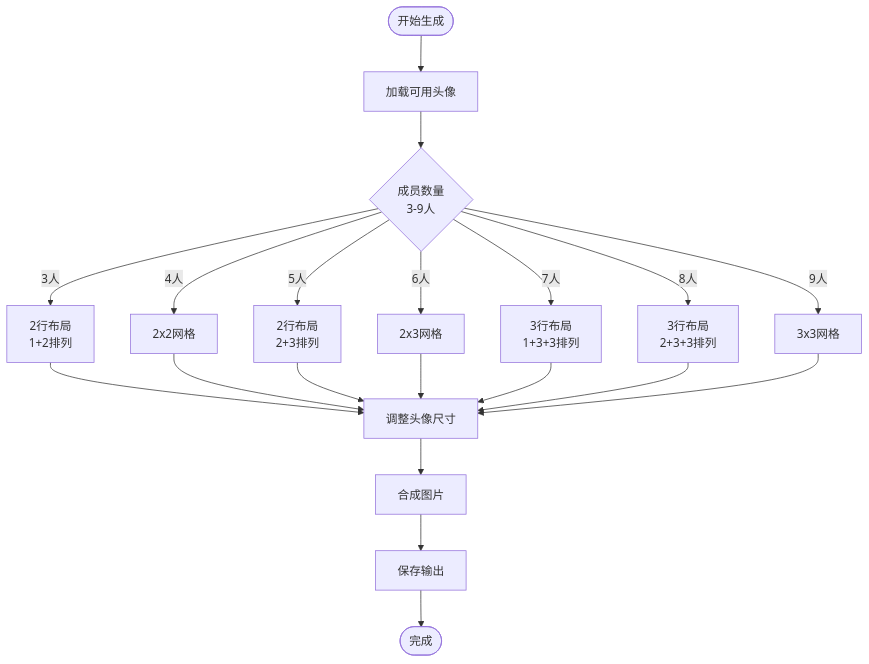
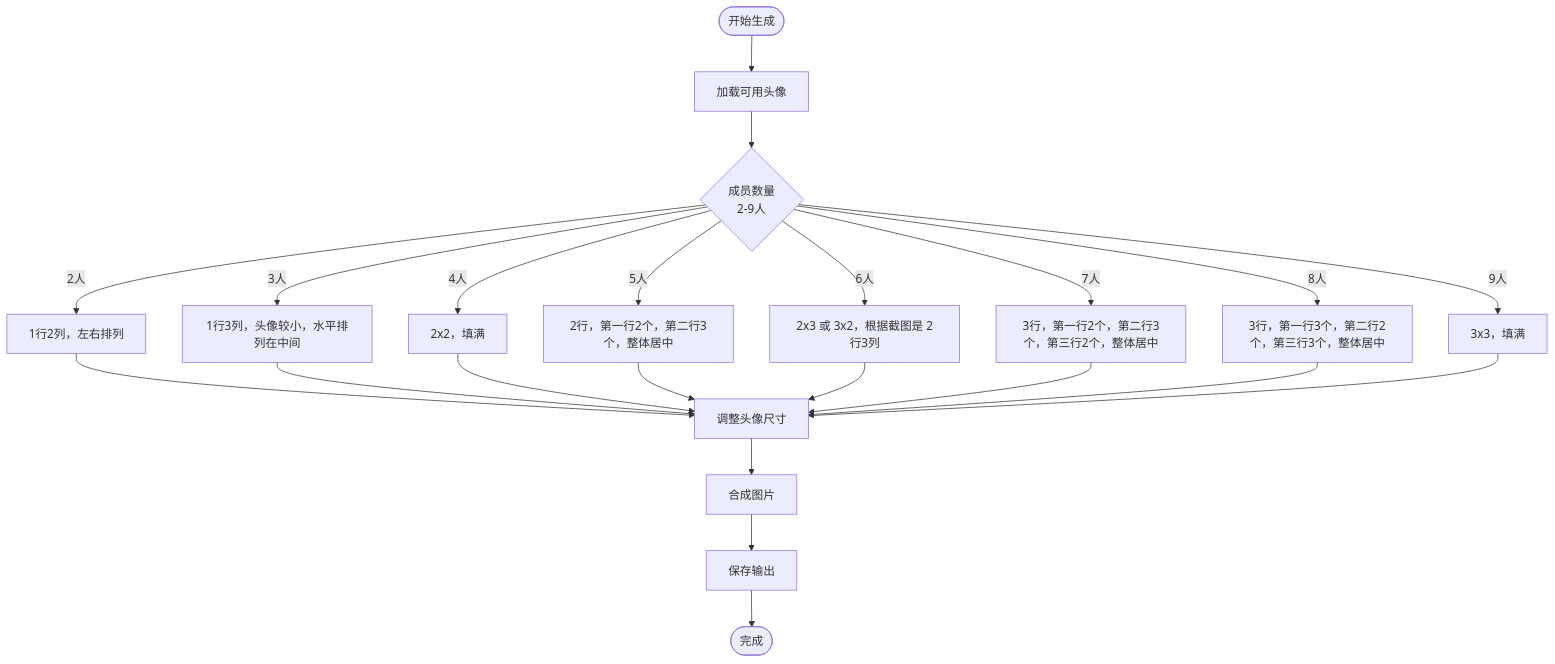
One commit to giserman001/vue3-vant4-mobile changed the eighth of 11 diagrams in .qoder/repowiki/zh/content/核心系统/头像管理系统.md. Above: the diagram before and after it, drawn with Mermaid. The commit also changed other lines of this file and 4 other files, not shown here.

````diff
--- a/.qoder/repowiki/zh/content/核心系统/头像管理系统.md
+++ b/.qoder/repowiki/zh/content/核心系统/头像管理系统.md
@@ -303,22 +341,24 @@
 ```mermaid
 flowchart TD
 Start([开始生成]) --> LoadAvatars["加载可用头像"]
-LoadAvatars --> CheckCount{"成员数量<br/>3-9人"}
-CheckCount --> |3人| Layout3["2行布局<br/>1+2排列"]
-CheckCount --> |4人| Layout4["2x2网格"]
-CheckCount --> |5人| Layout5["2行布局<br/>2+3排列"]
-CheckCount --> |6人| Layout6["2x3网格"]
-CheckCount --> |7人| Layout7["3行布局<br/>1+3+3排列"]
-CheckCount --> |8人| Layout8["3行布局<br/>2+3+3排列"]
-CheckCount --> |9人| Layout9["3x3网格"]
-Layout3 --> ResizeAvatars["调整头像尺寸"]
+LoadAvatars --> CheckCount{"成员数量<br/>2-9人"}
+CheckCount --> |2人| Layout2["1行2列，左右排列"]
+CheckCount --> |3人| Layout3["1行3列，头像较小，水平排列在中间"]
+CheckCount --> |4人| Layout4["2x2，填满"]
+CheckCount --> |5人| Layout5["2行，第一行2个，第二行3个，整体居中"]
+CheckCount --> |6人| Layout6["2x3 或 3x2，根据截图是 2行3列"]
+CheckCount --> |7人| Layout7["3行，第一行2个，第二行3个，第三行2个，整体居中"]
+CheckCount --> |8人| Layout8["3行，第一行3个，第二行2个，第三行3个，整体居中"]
+CheckCount --> |9人| Layout9["3x3，填满"]
+Layout2 --> ResizeAvatars["调整头像尺寸"]
+Layout3 --> ResizeAvatars
 Layout4 --> ResizeAvatars
 Layout5 --> ResizeAvatars
 Layout6 --> ResizeAvatars
 Layout7 --> ResizeAvatars
 Layout8 --> ResizeAvatars
 Layout9 --> ResizeAvatars
 ResizeAvatars --> Composite["合成图片"]
 Composite --> SaveImage["保存输出"]
 SaveImage --> End([完成])
 ```
````
